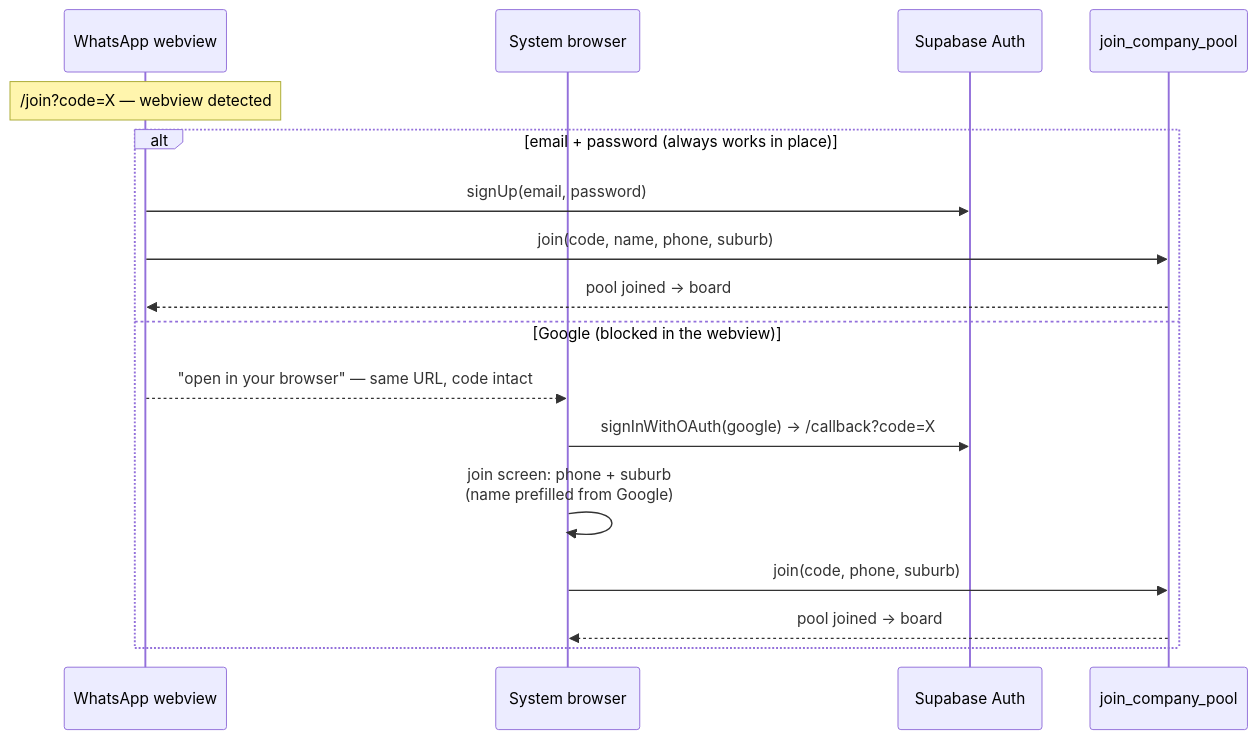
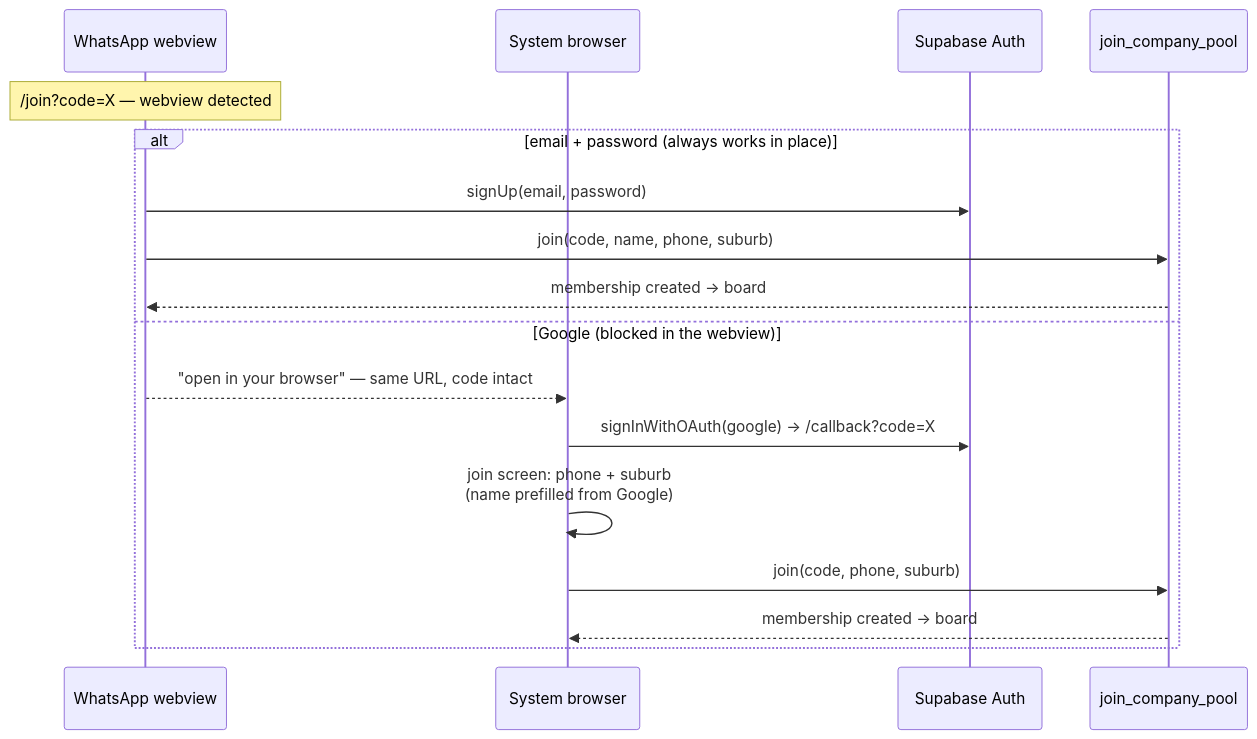
The second of 2 diagrams in docs/design/phase-a-adoption/lld-cleaner.md (lspinheiro/clean_app_crm), drawn with Mermaid before and after one commit. The commit also changed other lines of this file and 72 other files, not shown here.

````diff
--- a/docs/design/phase-a-adoption/lld-cleaner.md
+++ b/docs/design/phase-a-adoption/lld-cleaner.md
@@ -113,19 +113,19 @@
 ```mermaid
 sequenceDiagram
     participant W as WhatsApp webview
     participant SYS as System browser
     participant SB as Supabase Auth
     participant DB as join_company_pool
     Note over W: /join?code=X — webview detected
     alt email + password (always works in place)
         W->>SB: signUp(email, password)
         W->>DB: join(code, name, phone, suburb)
-        DB-->>W: pool joined → board
+        DB-->>W: membership created → board
     else Google (blocked in the webview)
         W-->>SYS: "open in your browser" — same URL, code intact
         SYS->>SB: signInWithOAuth(google) → /callback?code=X
         SYS->>SYS: join screen: phone + suburb<br/>(name prefilled from Google)
         SYS->>DB: join(code, phone, suburb)
-        DB-->>SYS: pool joined → board
+        DB-->>SYS: membership created → board
     end
 ```
````
